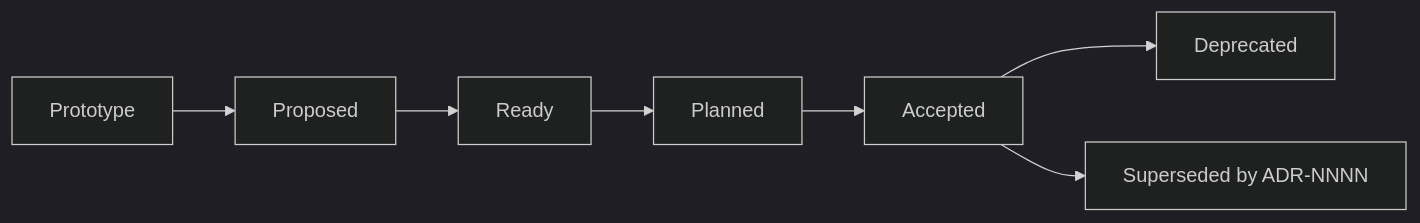
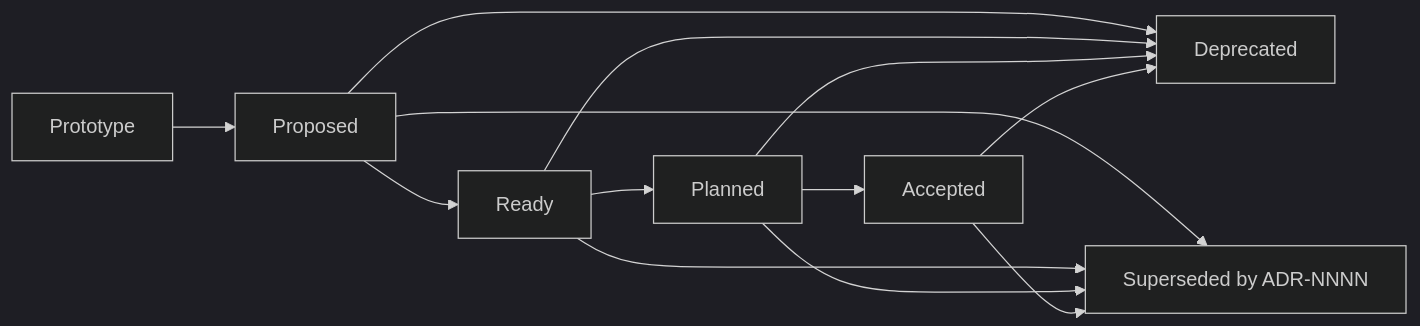
Before and after one commit to juliusl/adr-skill: the first of 2 diagrams in src/skills/author-adr/references/manage.md, drawn with Mermaid (dark theme). The commit also changed 3 other files, not shown here.

````diff
--- a/src/skills/author-adr/references/manage.md
+++ b/src/skills/author-adr/references/manage.md
@@ -9,5 +9,12 @@
 ```mermaid
 flowchart LR
-    Prototype --> Proposed --> Ready --> Planned --> Accepted --> Deprecated
-    Accepted --> Superseded["Superseded by ADR-NNNN"]
+    Prototype --> Proposed --> Ready --> Planned --> Accepted
+    Proposed --> Deprecated
+    Ready --> Deprecated
+    Planned --> Deprecated
+    Accepted --> Deprecated
+    Proposed --> Superseded["Superseded by ADR-NNNN"]
+    Ready --> Superseded
+    Planned --> Superseded
+    Accepted --> Superseded
 ```
````
